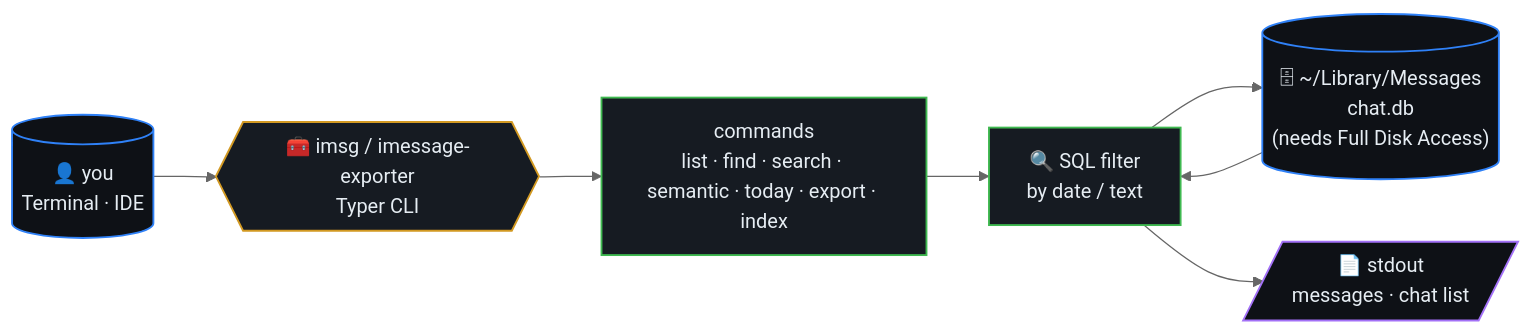
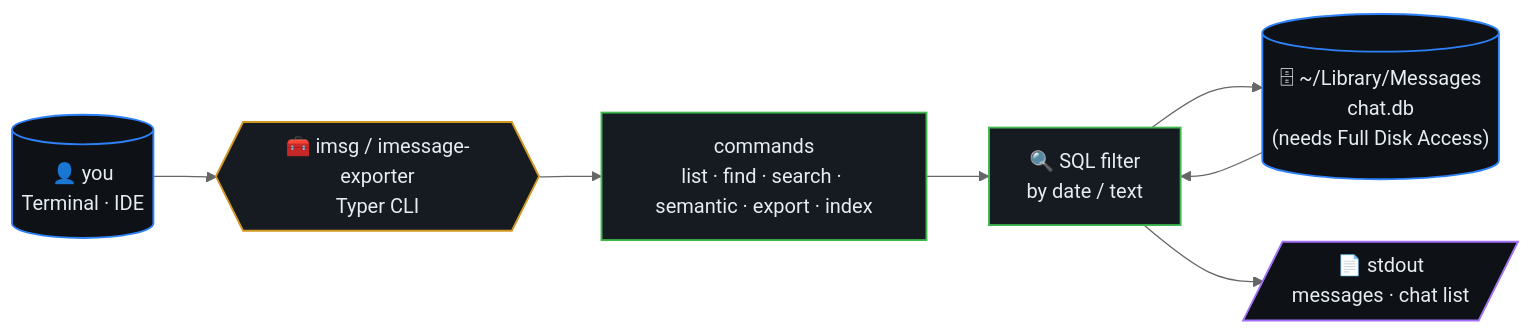
The first of 5 diagrams in README.md (ml-lubich/imessage-exporter), drawn with Mermaid (neutral theme) before and after one commit. The commit also changed other lines of this file and 12 other files, not shown here.

````diff
--- a/README.md
+++ b/README.md
@@ -11,22 +11,22 @@
 ```mermaid
 flowchart LR
     USER[("👤 you<br/>Terminal · IDE")]
     CLI{{"🧰 imsg / imessage-exporter<br/>Typer CLI"}}
-    COMMANDS["commands<br/>list · find · search · semantic · today · export · index"]
+    COMMANDS["commands<br/>list · find · search · semantic · export · index"]
     DB[("🗄 ~/Library/Messages<br/>chat.db<br/>(needs Full Disk Access)")]
     QUERY["🔍 SQL filter<br/>by date / text"]
     OUT[/"📄 stdout<br/>messages · chat list"/]
 
     USER --> CLI --> COMMANDS --> QUERY
     QUERY --> DB
     DB --> QUERY --> OUT
 
     classDef io fill:#0e1116,stroke:#2f81f7,stroke-width:1.5px,color:#e6edf3;
     classDef tool fill:#161b22,stroke:#3fb950,stroke-width:1.5px,color:#e6edf3;
     classDef brain fill:#161b22,stroke:#d29922,stroke-width:1.5px,color:#e6edf3;
     classDef out fill:#0e1116,stroke:#a371f7,stroke-width:1.5px,color:#e6edf3;
     class USER,DB io;
     class COMMANDS,QUERY tool;
     class CLI brain;
     class OUT out;
 ```
````
